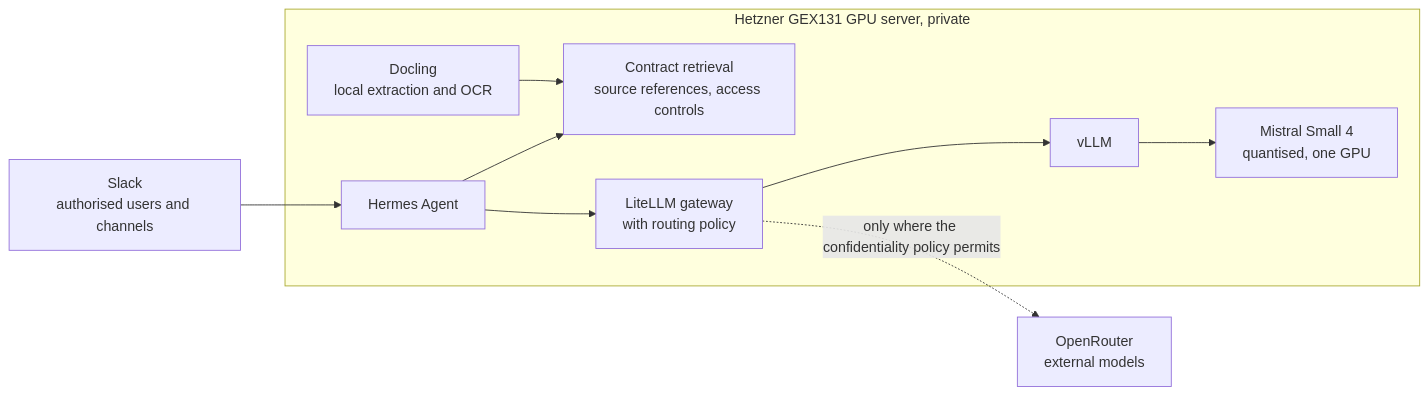
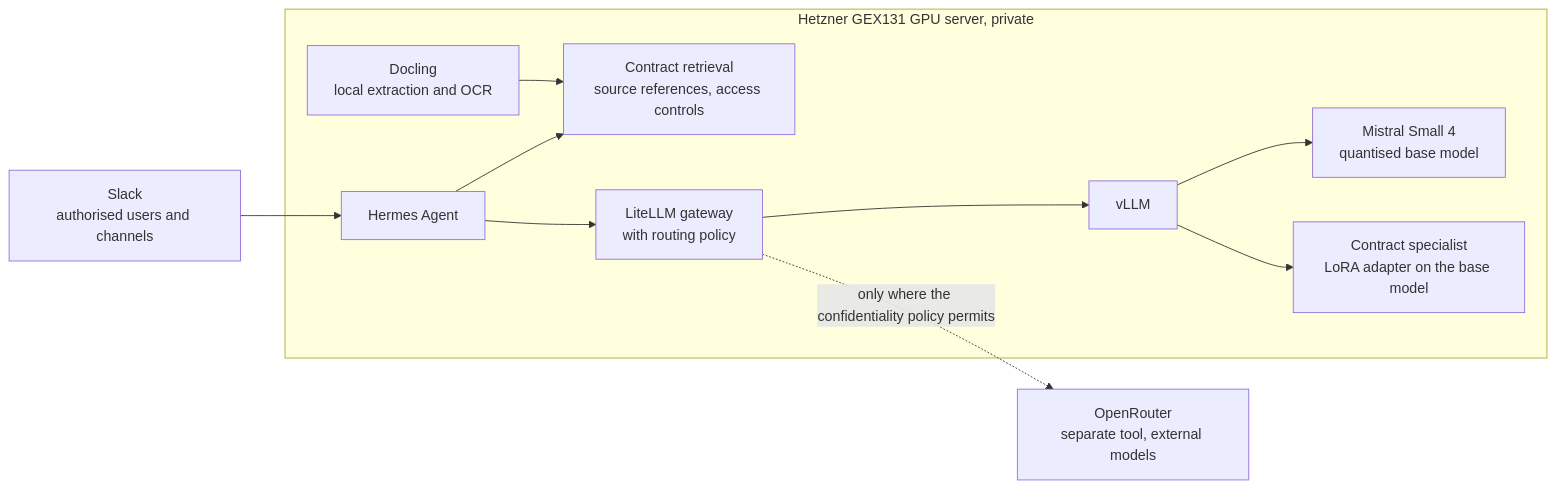
Before and after one commit to bendob27/contract-assistant: the diagram in README.md, drawn with Mermaid. The commit also changed other lines of this file and 4 other files, not shown here.

First line of the commit message:
Document the LoRA specialist on quantised Mistral Small 4

````diff
--- a/README.md
+++ b/README.md
@@ -13,14 +13,15 @@
 ```mermaid
 flowchart LR
     U["Slack<br/>authorised users and channels"] --> H["Hermes Agent"]
 
     subgraph server["Hetzner GEX131 GPU server, private"]
         H --> R["Contract retrieval<br/>source references, access controls"]
         H --> G["LiteLLM gateway<br/>with routing policy"]
         G --> V["vLLM"]
-        V --> M["Mistral Small 4<br/>quantised, one GPU"]
+        V --> M["Mistral Small 4<br/>quantised base model"]
+        V --> S["Contract specialist<br/>LoRA adapter on the base model"]
         D["Docling<br/>local extraction and OCR"] --> R
     end
 
-    G -. "only where the confidentiality policy permits" .-> O["OpenRouter<br/>external models"]
+    G -. "only where the confidentiality policy permits" .-> O["OpenRouter<br/>separate tool, external models"]
 ```
````
